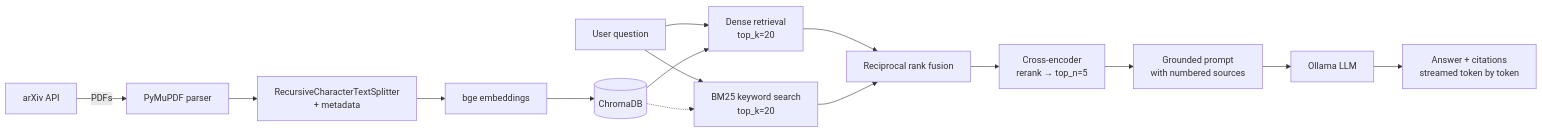
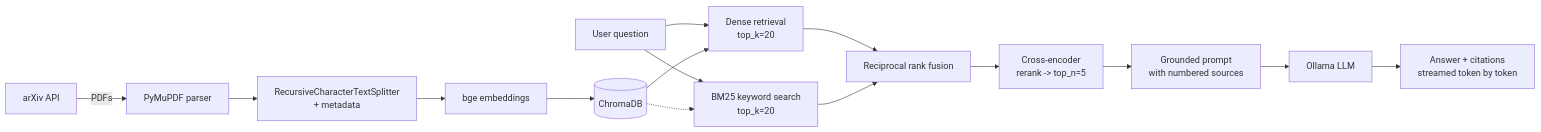
Before and after one commit to pablopigue/Arxiv-RAG: the first of 2 diagrams in README.md, drawn with Mermaid. The commit also changed other lines of this file, not shown here.

````diff
--- a/README.md
+++ b/README.md
@@ -40,18 +40,18 @@
 ```mermaid
 flowchart LR
     A[arXiv API] -->|PDFs| B[PyMuPDF parser]
     B --> C[RecursiveCharacterTextSplitter<br/>+ metadata]
     C --> D[bge embeddings]
     D --> E[(ChromaDB)]
 
     Q[User question] --> F[Dense retrieval<br/>top_k=20]
     Q --> K[BM25 keyword search<br/>top_k=20]
     E --> F
     E -.-> K
     F --> R[Reciprocal rank fusion]
     K --> R
-    R --> G[Cross-encoder<br/>rerank → top_n=5]
+    R --> G["Cross-encoder<br/>rerank -> top_n=5"]
     G --> H[Grounded prompt<br/>with numbered sources]
     H --> I[Ollama LLM]
     I --> J[Answer + citations<br/>streamed token by token]
 ```
````
